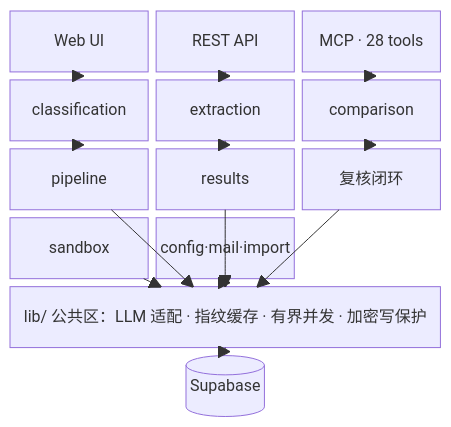
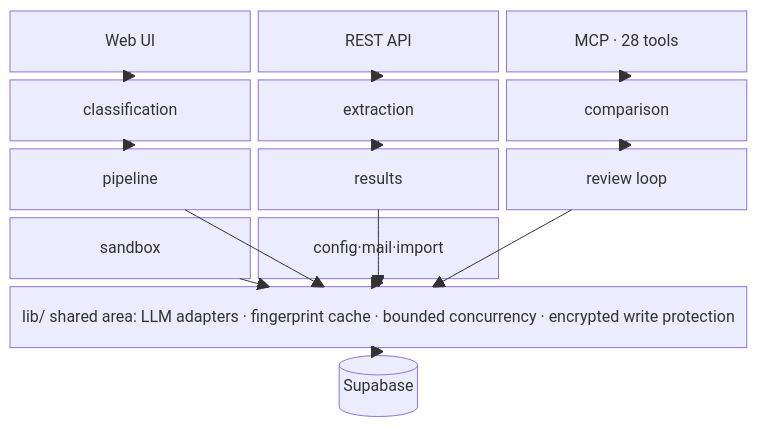
Before and after one commit to xbl2602/Averis-Monash-Hackathon-2026---Cat-on-Lime: the diagram in docs/diagrams/architecture.mmd, drawn with Mermaid. The commit also changed 161 other files, not shown here.

```diff
--- a/docs/diagrams/architecture.mmd
+++ b/docs/diagrams/architecture.mmd
@@ -1,23 +1,23 @@
-%% 源码：README 架构全景图 + docs/diagrams/architecture.png 都从这里生成。
-%% 重渲染命令（仓库根目录）：npx -y @mermaid-js/mermaid-cli -i docs/diagrams/architecture.mmd -o docs/diagrams/architecture.png -c docs/diagrams/mermaid-config.json -b white -s 2
-%% block 网格写法：columns 锁死 3 列，天然 1:1，不靠 direction 指令（渲染器会忽略它）。
+%% Source: the README architecture overview diagram + docs/diagrams/architecture.png are both generated from this file.
+%% Re-render command (from repo root): npx -y @mermaid-js/mermaid-cli -i docs/diagrams/architecture.mmd -o docs/diagrams/architecture.png -c docs/diagrams/mermaid-config.json -b white -s 2
+%% Block grid approach: `columns` locks in 3 columns for a natural 1:1 ratio, without relying on the `direction` directive (the renderer ignores it).
 block-beta
   columns 3
   UI["Web UI"] REST["REST API"] MCP["MCP · 28 tools"]
   CLS["classification"] EXT["extraction"] CMP["comparison"]
-  PIPE["pipeline"] RES["results"] REV["复核闭环"]
+  PIPE["pipeline"] RES["results"] REV["review loop"]
   SB["sandbox"] CFG["config·mail·import"] space
-  LIB["lib/ 公共区：LLM 适配 · 指纹缓存 · 有界并发 · 加密写保护"]:3
+  LIB["lib/ shared area: LLM adapters · fingerprint cache · bounded concurrency · encrypted write protection"]:3
   DB[("Supabase")]:3
   UI --> CLS
   REST --> EXT
   MCP --> CMP
   CLS --> PIPE
   EXT --> RES
   CMP --> REV
   PIPE --> LIB
   RES --> LIB
   REV --> LIB
   SB --> LIB
   CFG --> LIB
   LIB --> DB
```
